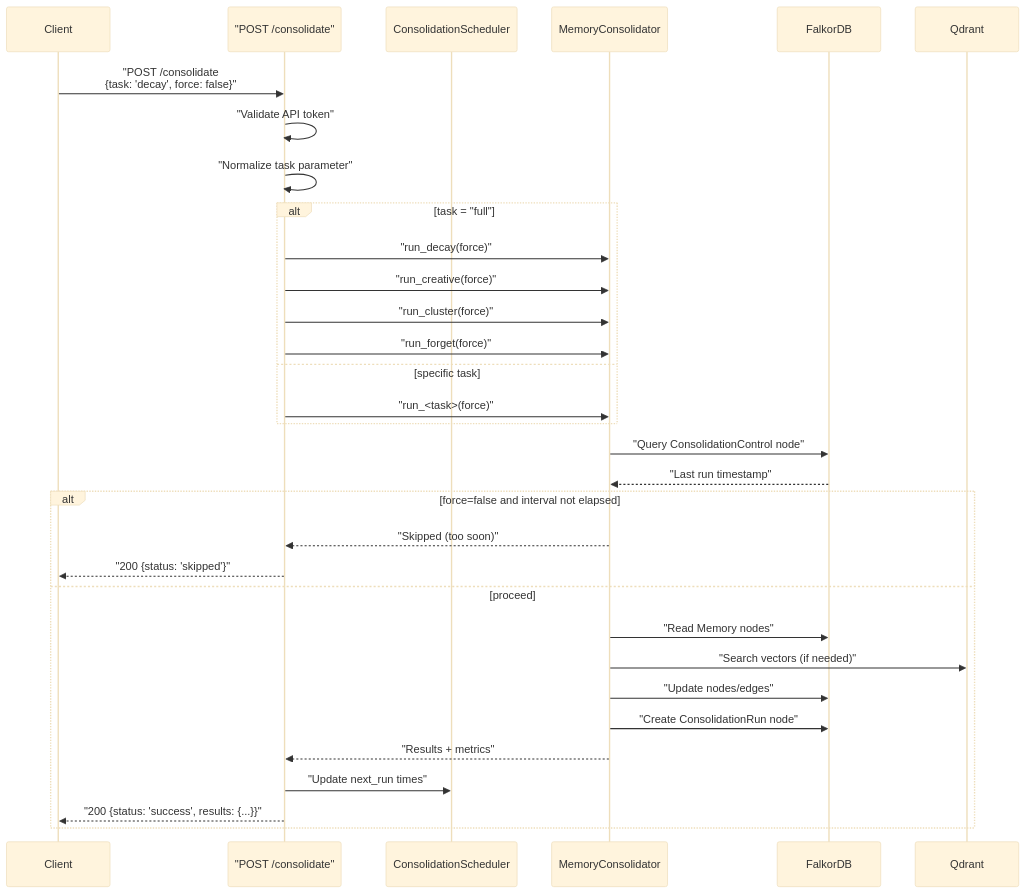
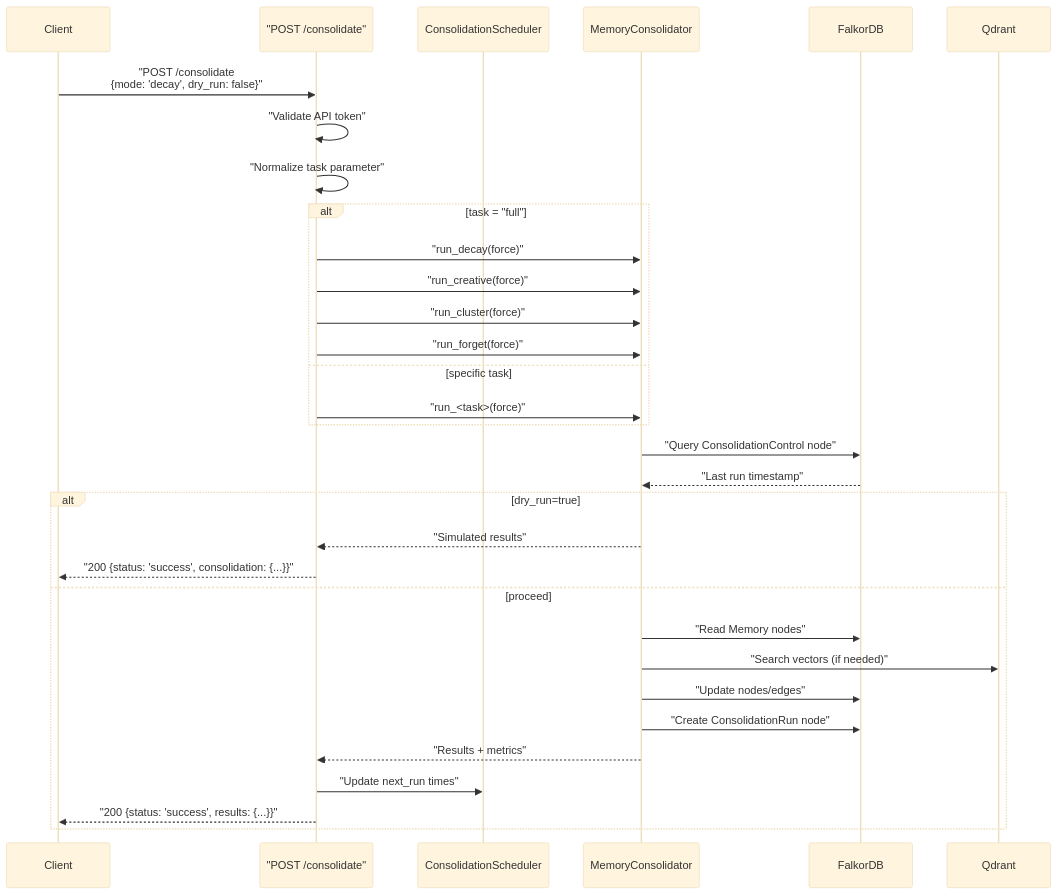
One commit to verygoodplugins/automem-website changed the second of 2 diagrams in src/content/docs/docs/reference/api/consolidation.md. Above: the diagram before and after it, drawn with Mermaid (base theme). The commit also changed other lines of this file and 48 other files, not shown here.

````diff
--- a/src/content/docs/docs/reference/api/consolidation.md
+++ b/src/content/docs/docs/reference/api/consolidation.md
@@ -93,38 +93,38 @@
 ```mermaid
 sequenceDiagram
     participant Client
     participant API as "POST /consolidate"
     participant Scheduler as ConsolidationScheduler
     participant Consolidator as MemoryConsolidator
     participant FalkorDB
     participant Qdrant
 
-    Client->>API: "POST /consolidate<br/>{task: 'decay', force: false}"
+    Client->>API: "POST /consolidate<br/>{mode: 'decay', dry_run: false}"
     API->>API: "Validate API token"
     API->>API: "Normalize task parameter"
 
     alt task = "full"
         API->>Consolidator: "run_decay(force)"
         API->>Consolidator: "run_creative(force)"
         API->>Consolidator: "run_cluster(force)"
         API->>Consolidator: "run_forget(force)"
     else specific task
         API->>Consolidator: "run_<task>(force)"
     end
 
     Consolidator->>FalkorDB: "Query ConsolidationControl node"
     FalkorDB-->>Consolidator: "Last run timestamp"
 
-    alt force=false and interval not elapsed
-        Consolidator-->>API: "Skipped (too soon)"
-        API-->>Client: "200 {status: 'skipped'}"
+    alt dry_run=true
+        Consolidator-->>API: "Simulated results"
+        API-->>Client: "200 {status: 'success', consolidation: {...}}"
     else proceed
         Consolidator->>FalkorDB: "Read Memory nodes"
         Consolidator->>Qdrant: "Search vectors (if needed)"
         Consolidator->>FalkorDB: "Update nodes/edges"
         Consolidator->>FalkorDB: "Create ConsolidationRun node"
         Consolidator-->>API: "Results + metrics"
         API->>Scheduler: "Update next_run times"
         API-->>Client: "200 {status: 'success', results: {...}}"
     end
 ```
````
